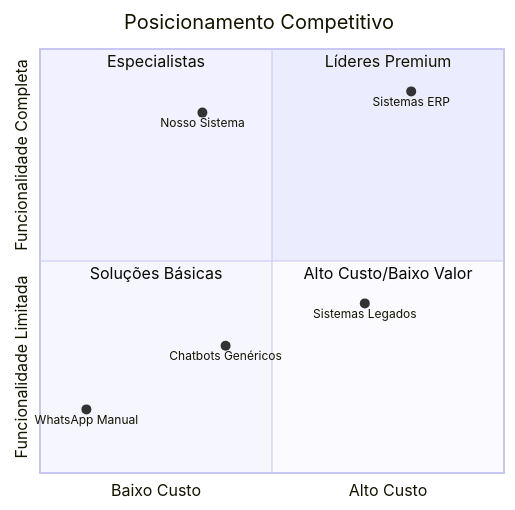
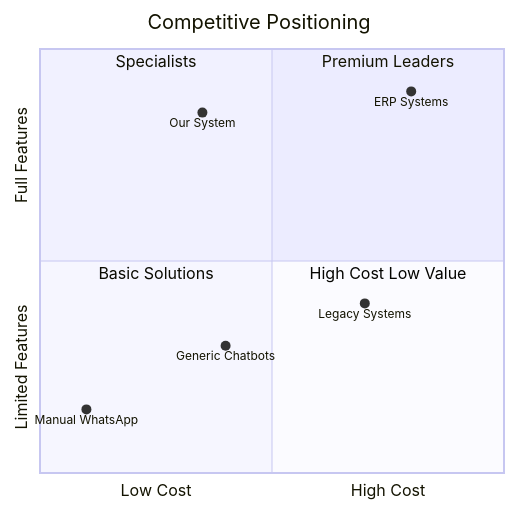
Before and after one commit to RenanLisboa8/n8n-clinic-multiagent: the first of 12 diagrams in docs/MONETIZATION.md, drawn with Mermaid. The commit also changed other lines of this file and 4 other files, not shown here.

First line of the commit message:
Update documentation and diagrams for improved clarity and accessibility

````diff
--- a/docs/MONETIZATION.md
+++ b/docs/MONETIZATION.md
@@ -15,15 +15,15 @@
 ```mermaid
 quadrantChart
-    title Posicionamento Competitivo
-    x-axis Baixo Custo --> Alto Custo
-    y-axis Funcionalidade Limitada --> Funcionalidade Completa
-    quadrant-1 Líderes Premium
-    quadrant-2 Especialistas
-    quadrant-3 Soluções Básicas
-    quadrant-4 Alto Custo/Baixo Valor
-    "Nosso Sistema": [0.35, 0.85]
-    "Sistemas ERP": [0.8, 0.9]
-    "WhatsApp Manual": [0.1, 0.15]
-    "Chatbots Genéricos": [0.4, 0.3]
-    "Sistemas Legados": [0.7, 0.4]
+    title Competitive Positioning
+    x-axis Low Cost --> High Cost
+    y-axis Limited Features --> Full Features
+    quadrant-1 Premium Leaders
+    quadrant-2 Specialists
+    quadrant-3 Basic Solutions
+    quadrant-4 High Cost Low Value
+    Our System: [0.35, 0.85]
+    ERP Systems: [0.8, 0.9]
+    Manual WhatsApp: [0.1, 0.15]
+    Generic Chatbots: [0.4, 0.3]
+    Legacy Systems: [0.7, 0.4]
 ```
````
